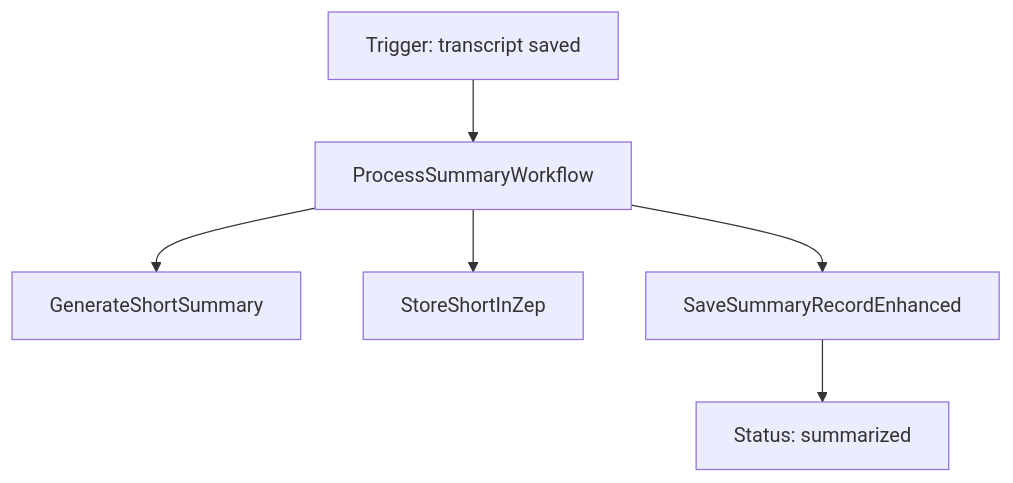
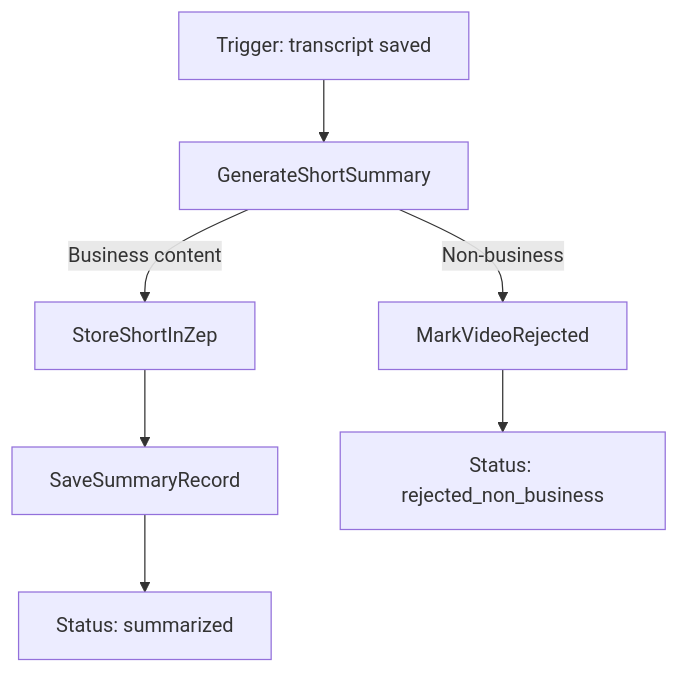
One commit to raynmakers/autopiloot-agents changed the diagram in autopiloot/docs/charts/summarizer_agent.md. Above: the diagram before and after it, drawn with Mermaid. The commit also changed 22 other files, not shown here.

First line of the commit message:
refactor: remove ProcessSummaryWorkflow tool in favor of agent-driven orchestration

````diff
--- a/autopiloot/docs/charts/summarizer_agent.md
+++ b/autopiloot/docs/charts/summarizer_agent.md
@@ -3,8 +3,9 @@
 ```mermaid
 flowchart TD
-  A[Trigger: transcript saved] --> P[ProcessSummaryWorkflow]
-  P --> B[GenerateShortSummary]
-  P --> C[StoreShortInZep]
-  P --> D[SaveSummaryRecordEnhanced]
+  A[Trigger: transcript saved] --> B[GenerateShortSummary]
+  B -->|Business content| C[StoreShortInZep]
+  B -->|Non-business| F[MarkVideoRejected]
+  C --> D[SaveSummaryRecord]
   D --> E[Status: summarized]
+  F --> G[Status: rejected_non_business]
 ```
````
